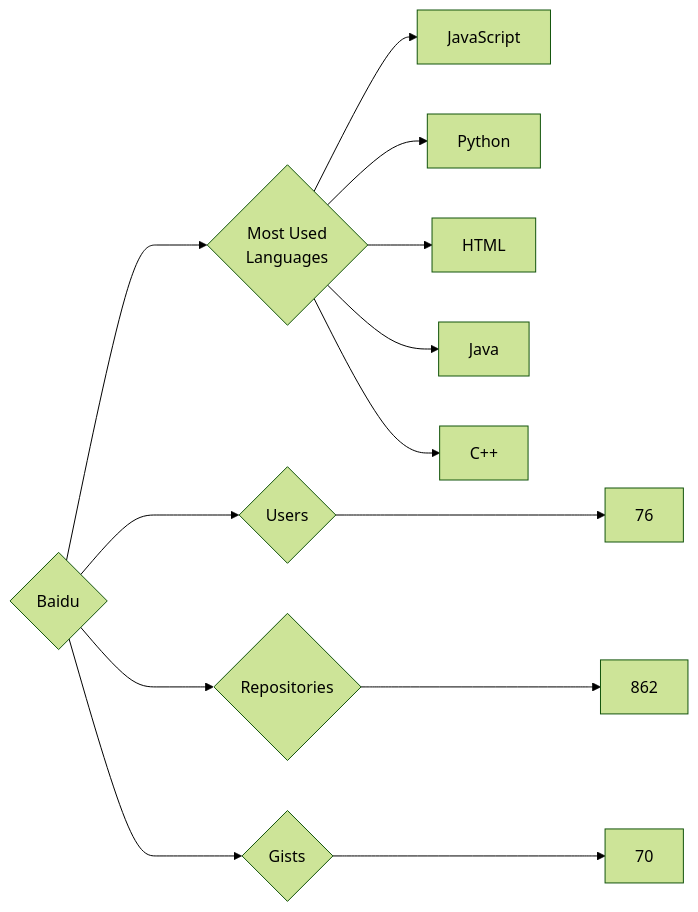
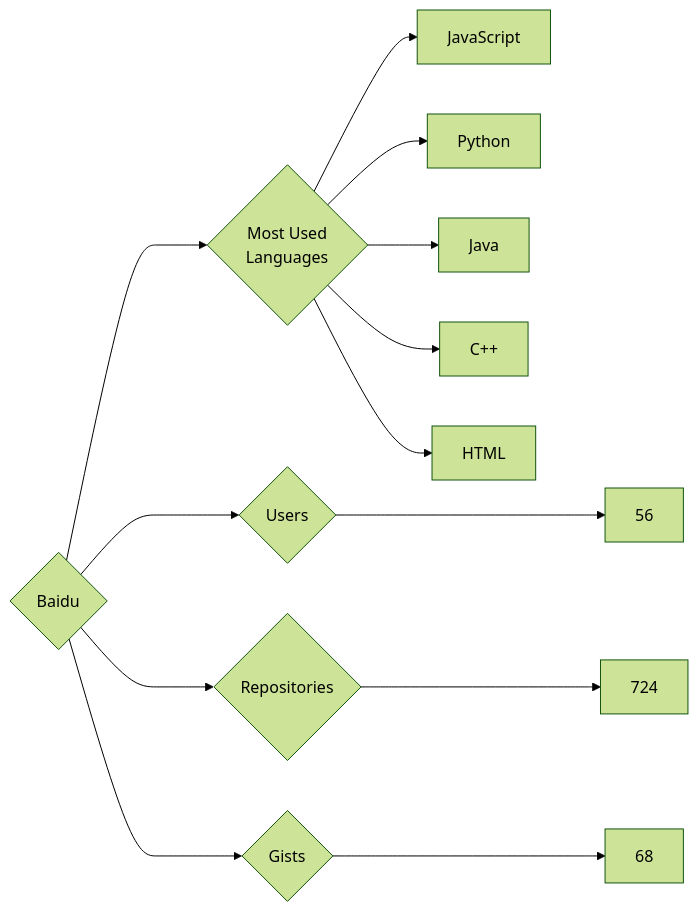
One commit to trickest/insiders changed the diagram in targets/Baidu/README.md. Above: the diagram before and after it, drawn with Mermaid (forest theme). The commit also changed 912 other files, not shown here.

````diff
--- a/targets/Baidu/README.md
+++ b/targets/Baidu/README.md
@@ -3,13 +3,13 @@
 ```mermaid
 graph LR
 COMPANY_NAME{Baidu}
-COMPANY_NAME ---> U{Users} ---> UN[76]
-COMPANY_NAME ---> R{Repositories} ---> RN[862]
-COMPANY_NAME ---> G{Gists} ---> GN[70]
+COMPANY_NAME ---> U{Users} ---> UN[56]
+COMPANY_NAME ---> R{Repositories} ---> RN[724]
+COMPANY_NAME ---> G{Gists} ---> GN[68]
 COMPANY_NAME ---> ML{Most Used<br>Languages}
 ML --> JavaScript[JavaScript]
 ML --> Python[Python]
-ML --> HTML[HTML]
 ML --> Java[Java]
 ML --> C++[C++]
+ML --> HTML[HTML]
 ```
````
